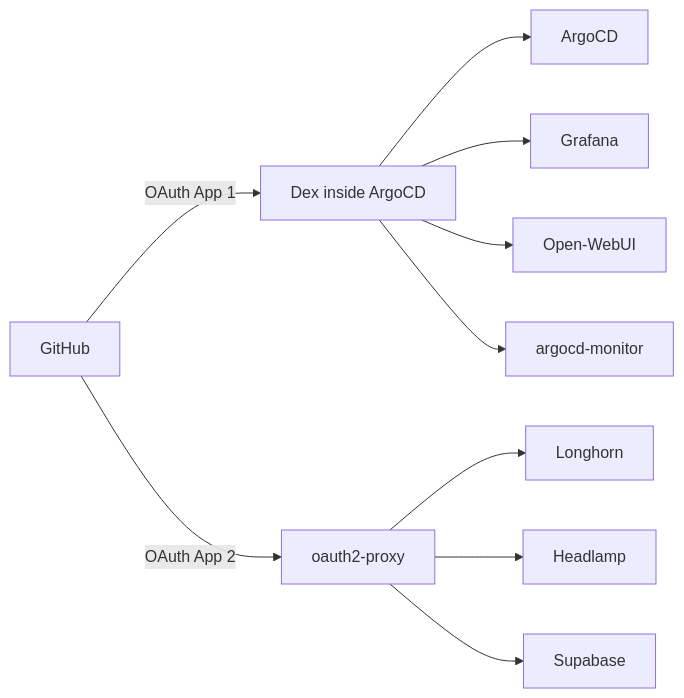
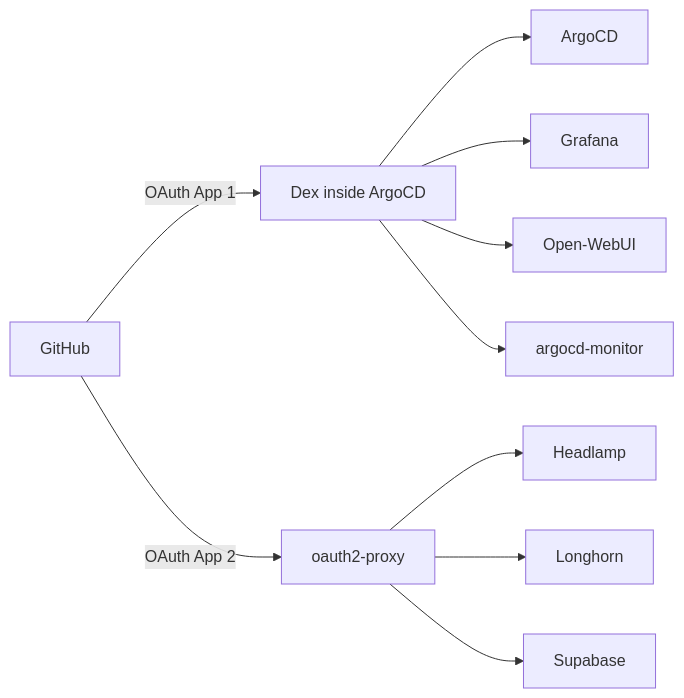
One commit to gilesknap/tpi-k3s-ansible changed the diagram in docs/how-to/oauth-setup.md. Above: the diagram before and after it, drawn with Mermaid. The commit also changed other lines of this file and 11 other files, not shown here.

````diff
--- a/docs/how-to/oauth-setup.md
+++ b/docs/how-to/oauth-setup.md
@@ -14,18 +14,18 @@
 ```{mermaid}
 flowchart LR
     GH[GitHub]
     DEX[Dex inside ArgoCD]
     OAP[oauth2-proxy]
 
     GH -->|OAuth App 1| DEX
     GH -->|OAuth App 2| OAP
 
     DEX --> ArgoCD
     DEX --> Grafana
     DEX --> Open-WebUI
     DEX --> argocd-monitor
 
+    OAP --> Headlamp
     OAP --> Longhorn
-    OAP --> Headlamp
     OAP --> Supabase
 ```
````
